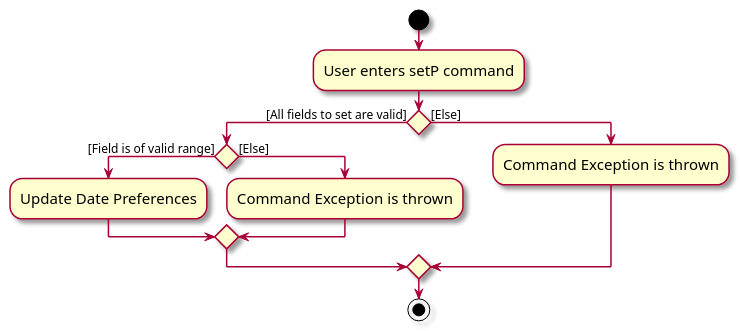
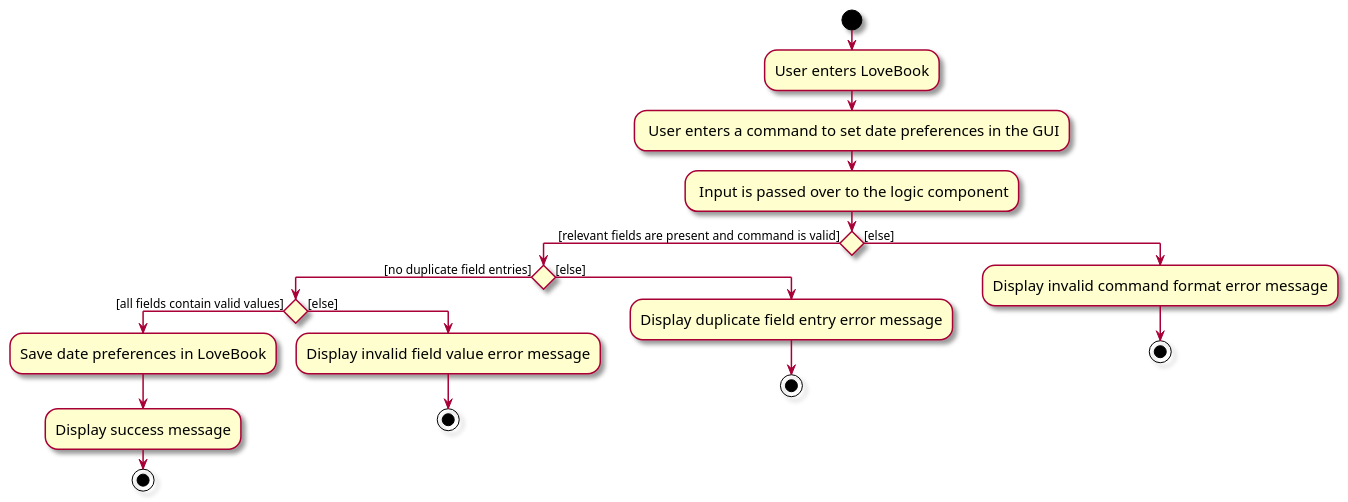
Before and after one commit to AY2324S1-CS2103T-F10-2/tp: the diagram in diagrams/SetPrefActivity.puml, drawn with PlantUML. The commit also changed 39 other files, not shown here.

```diff
--- a/diagrams/SetPrefActivity.puml
+++ b/diagrams/SetPrefActivity.puml
@@ -1,20 +1,31 @@
 @startuml
 skin rose
 skinparam ActivityFontSize 15
 skinparam ArrowFontSize 12
 
 start
-:User enters setP command;
+:User enters LoveBook;
 
-if () then ([All fields to set are valid])
-    if() then ([Field is of valid range])
-    :Update Date Preferences;
-    else([Else])
-    :Command Exception is thrown;
+: User enters a command to set date preferences in the GUI;
+
+: Input is passed over to the logic component;
+
+if () then ([relevant fields are present and command is valid])
+    if () then ([no duplicate field entries])
+        if () then ([all fields contain valid values])
+            :Save date preferences in LoveBook;
+            :Display success message;
+            stop
+        else ([else])
+            :Display invalid field value error message;
+            stop
+        endif
+    else ([else])
+        :Display duplicate field entry error message;
+        stop
     endif
-else ([Else])
-    :Command Exception is thrown;
+else ([else])
+    :Display invalid command format error message;
+    stop
 endif
-
-stop
 @enduml
```
